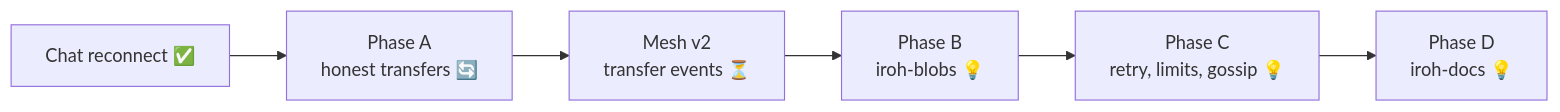
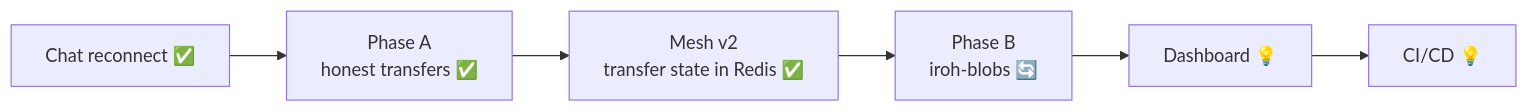
The diagram in docs/roadmap.md (shobhit157/Aperture), drawn with Mermaid before and after one commit. The commit also changed other lines of this file, not shown here.

First line of the commit message:
Revised roadmap with completed phases and new items

````diff
--- a/docs/roadmap.md
+++ b/docs/roadmap.md
@@ -10,4 +10,4 @@
 ```mermaid
 flowchart LR
-  R[Chat reconnect ✅] --> A[Phase A<br/>honest transfers 🔄] --> M[Mesh v2<br/>transfer events ⏳] --> B[Phase B<br/>iroh-blobs 💡] --> C[Phase C<br/>retry, limits, gossip 💡] --> D[Phase D<br/>iroh-docs 💡]
+  R[Chat reconnect ✅] --> A[Phase A<br/>honest transfers ✅] --> M[Mesh v2<br/>transfer state in Redis ✅] --> B[Phase B<br/>iroh-blobs 🔄] --> DB[Dashboard 💡] --> CI[CI/CD 💡]
 ```
````
